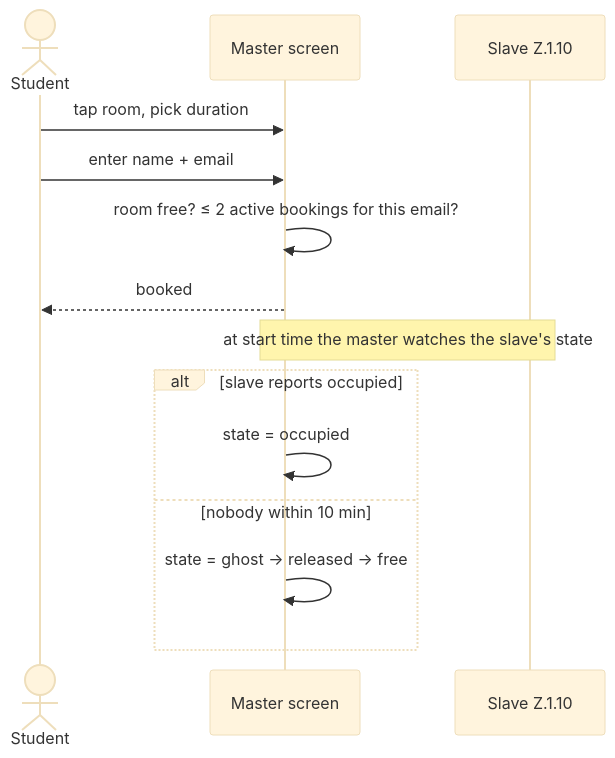
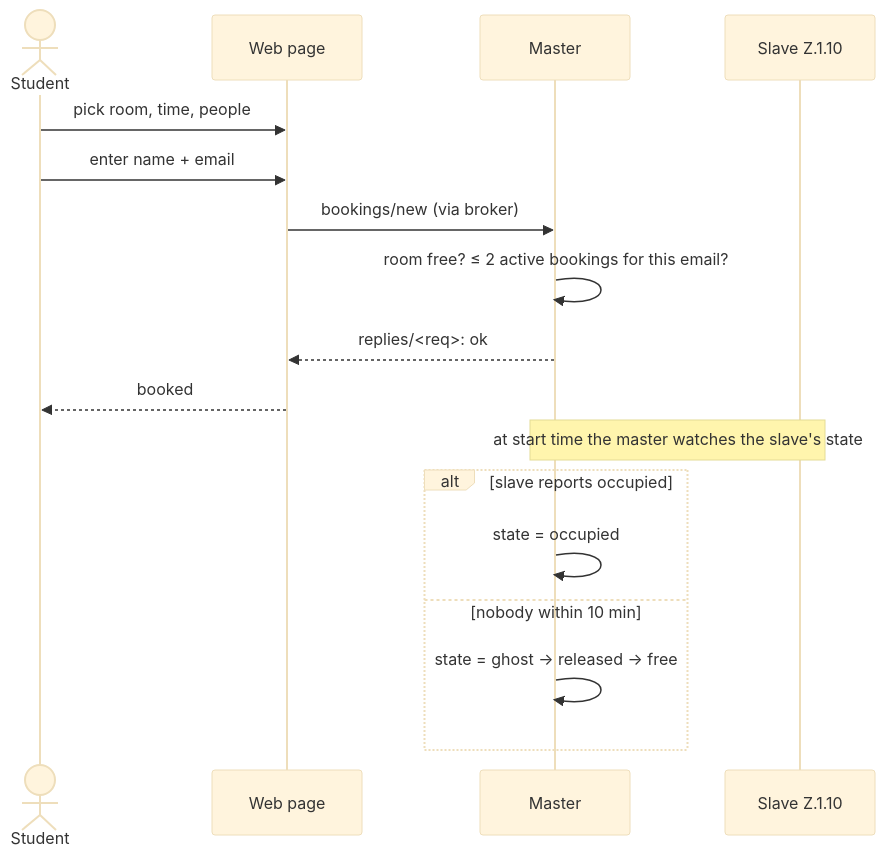
Before and after one commit to NadaAbbas444/inhabitx: the fourth of 4 diagrams in README.md, drawn with Mermaid (base theme). The commit also changed other lines of this file and 4 other files, not shown here.

First line of the commit message:
Web booking, remote live board and HiveMQ broker setup

````diff
--- a/README.md
+++ b/README.md
@@ -160,16 +201,19 @@
 ```mermaid
 sequenceDiagram
     actor U as Student
-    participant M as Master screen
+    participant W as Web page
+    participant M as Master
     participant S as Slave Z.1.10
-    U->>M: tap room, pick duration
-    U->>M: enter name + email
+    U->>W: pick room, time, people
+    U->>W: enter name + email
+    W->>M: bookings/new (via broker)
     M->>M: room free? ≤ 2 active bookings for this email?
-    M-->>U: booked
+    M-->>W: replies/<req>: ok
+    W-->>U: booked
     Note over M,S: at start time the master watches the slave's state
     alt slave reports occupied
         M->>M: state = occupied
     else nobody within 10 min
         M->>M: state = ghost → released → free
     end
 ```
````
